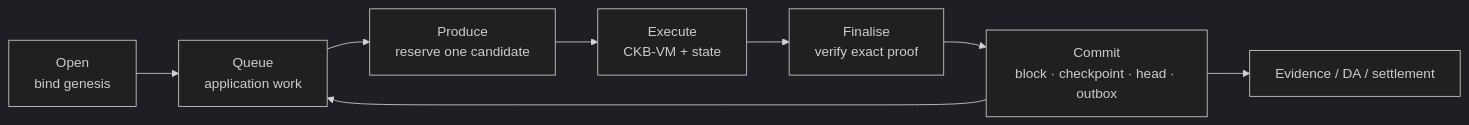
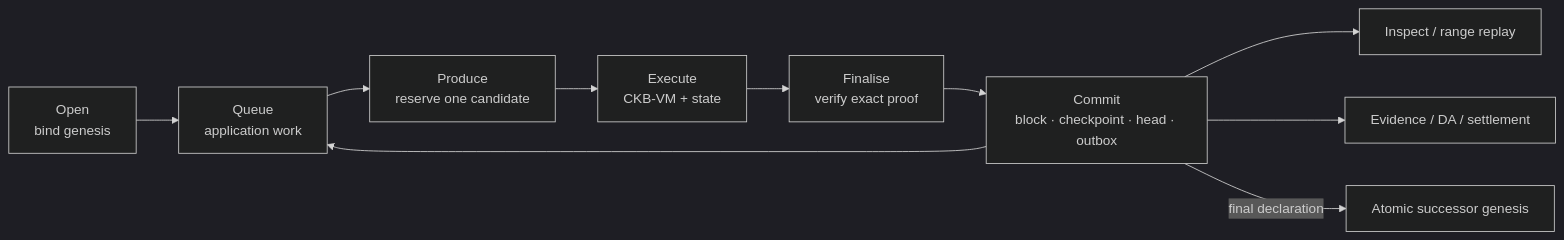
The first of 3 diagrams in docs/interactions/session-flow.md (Myelin-Labs/Myelin), drawn with Mermaid (dark theme) before and after one commit. The commit also changed other lines of this file and 23 other files, not shown here.

````diff
--- a/docs/interactions/session-flow.md
+++ b/docs/interactions/session-flow.md
@@ -13,10 +13,12 @@
 ```mermaid
 flowchart LR
     O["Open<br/>bind genesis"] --> Q["Queue<br/>application work"]
     Q --> P["Produce<br/>reserve one candidate"]
     P --> V["Execute<br/>CKB-VM + state"]
     V --> F["Finalise<br/>verify exact proof"]
     F --> C["Commit<br/>block · checkpoint · head · outbox"]
+    C --> I["Inspect / range replay"]
     C --> Q
     C --> E["Evidence / DA / settlement"]
+    C -->|"final declaration"| N["Atomic successor genesis"]
 ```
````
